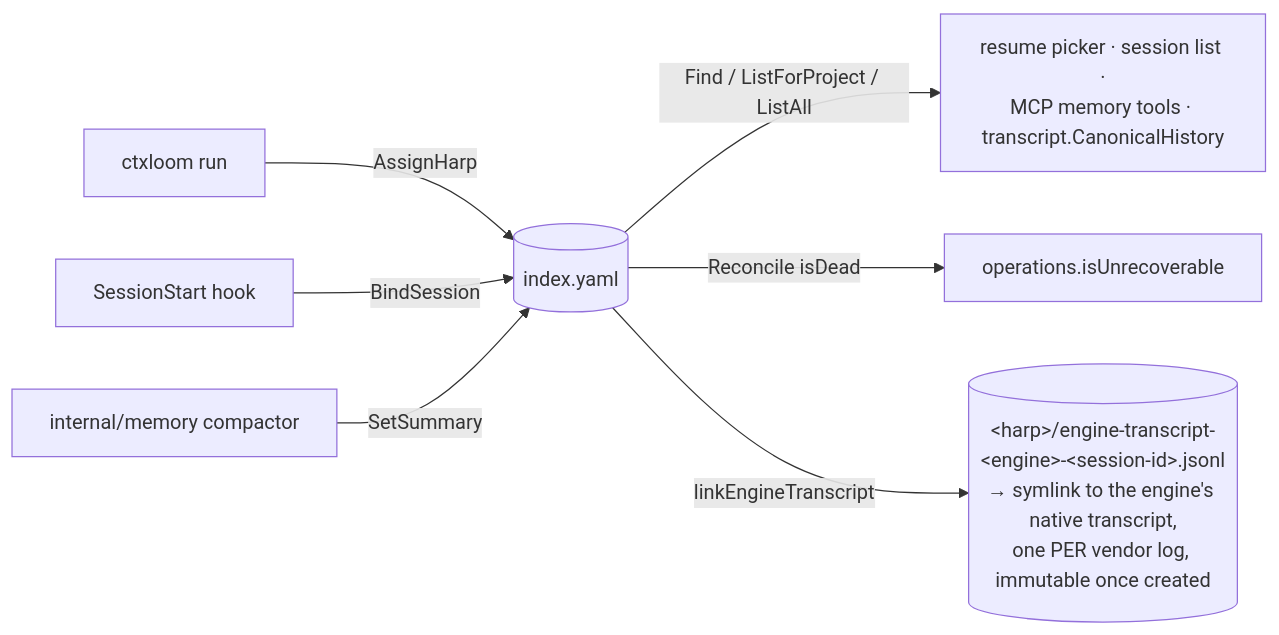
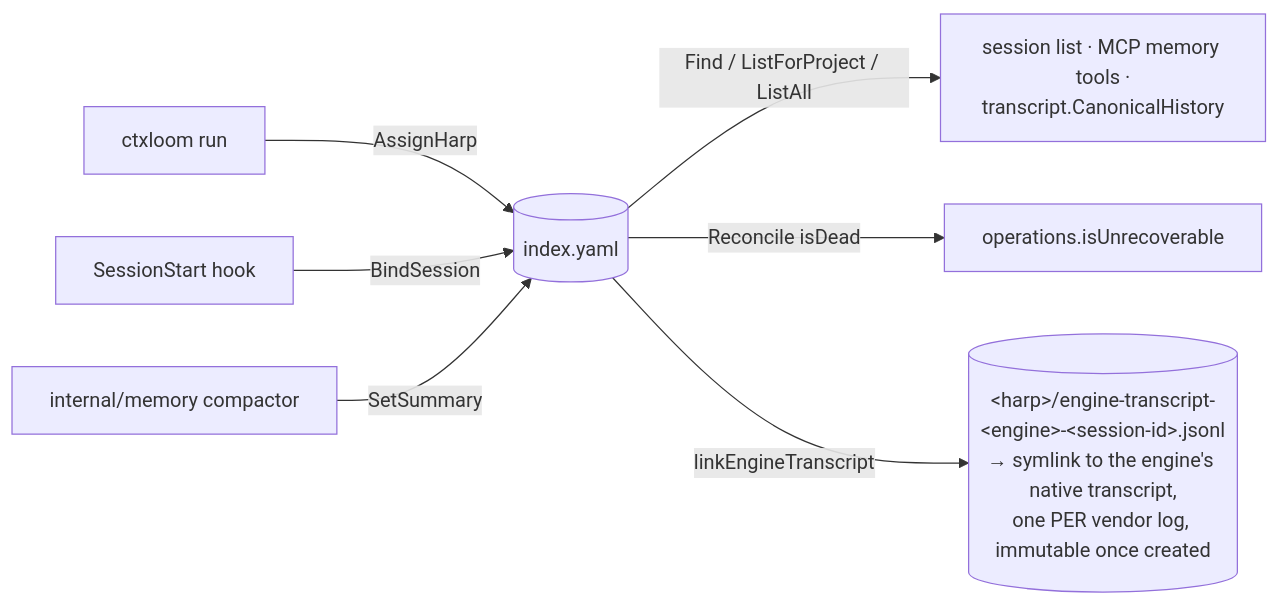
One commit to ctxloom/ctxloom changed the second of 2 diagrams in docs/architecture/companions/sessions.md. Above: the diagram before and after it, drawn with Mermaid. The commit also changed other lines of this file and 23 other files, not shown here.

````diff
--- a/docs/architecture/companions/sessions.md
+++ b/docs/architecture/companions/sessions.md
@@ -70,9 +70,9 @@
 ```mermaid
 flowchart LR
   RUN["ctxloom run"] -->|AssignHarp| IDX[("index.yaml")]
   HOOK["SessionStart hook"] -->|BindSession| IDX
   COMP["internal/memory compactor"] -->|SetSummary| IDX
-  IDX -->|Find / ListForProject / ListAll| READ["resume picker · session list ·<br/>MCP memory tools · transcript.CanonicalHistory"]
+  IDX -->|Find / ListForProject / ListAll| READ["session list · MCP memory tools ·<br/>transcript.CanonicalHistory"]
   IDX -->|Reconcile isDead| REAP["operations.isUnrecoverable"]
   IDX -->|"linkEngineTranscript"| LINK[("&lt;harp&gt;/engine-transcript-&lt;engine&gt;-&lt;session-id&gt;.jsonl<br/>→ symlink to the engine's native transcript,<br/>one PER vendor log, immutable once created")]
 ```
````
